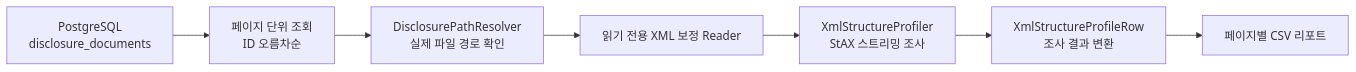
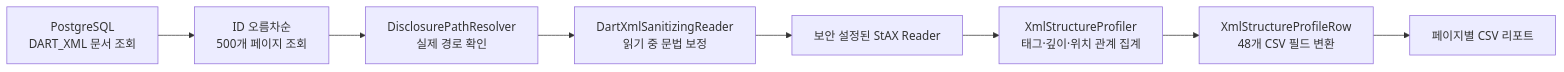
One commit to portfolio-disclosure-guardian/foliolens-server changed the diagram in docs/data-ingestion/04_dart_xml_structure_profiling.md. Above: the diagram before and after it, drawn with Mermaid. The commit also changed other lines of this file and 55 other files, not shown here.

Commit message:
feat: DART XML 공시 파일 파서 구현 및 파싱 후 적재 완료

````diff
--- a/docs/data-ingestion/04_dart_xml_structure_profiling.md
+++ b/docs/data-ingestion/04_dart_xml_structure_profiling.md
@@ -51,9 +55,10 @@
 ```mermaid
 flowchart LR
-    A["PostgreSQL<br/>disclosure_documents"] --> B["페이지 단위 조회<br/>ID 오름차순"]
-    B --> C["DisclosurePathResolver<br/>실제 파일 경로 확인"]
-    C --> D["읽기 전용 XML 보정 Reader"]
-    D --> E["XmlStructureProfiler<br/>StAX 스트리밍 조사"]
-    E --> F["XmlStructureProfileRow<br/>조사 결과 변환"]
-    F --> G["페이지별 CSV 리포트"]
+    A["PostgreSQL<br/>DART_XML 문서 조회"] --> B["ID 오름차순<br/>500개 페이지 조회"]
+    B --> C["DisclosurePathResolver<br/>실제 경로 확인"]
+    C --> D["DartXmlSanitizingReader<br/>읽기 중 문법 보정"]
+    D --> E["보안 설정된 StAX Reader"]
+    E --> F["XmlStructureProfiler<br/>태그·깊이·위치 관계 집계"]
+    F --> G["XmlStructureProfileRow<br/>48개 CSV 필드 변환"]
+    G --> H["페이지별 CSV 리포트"]
 ```
````
